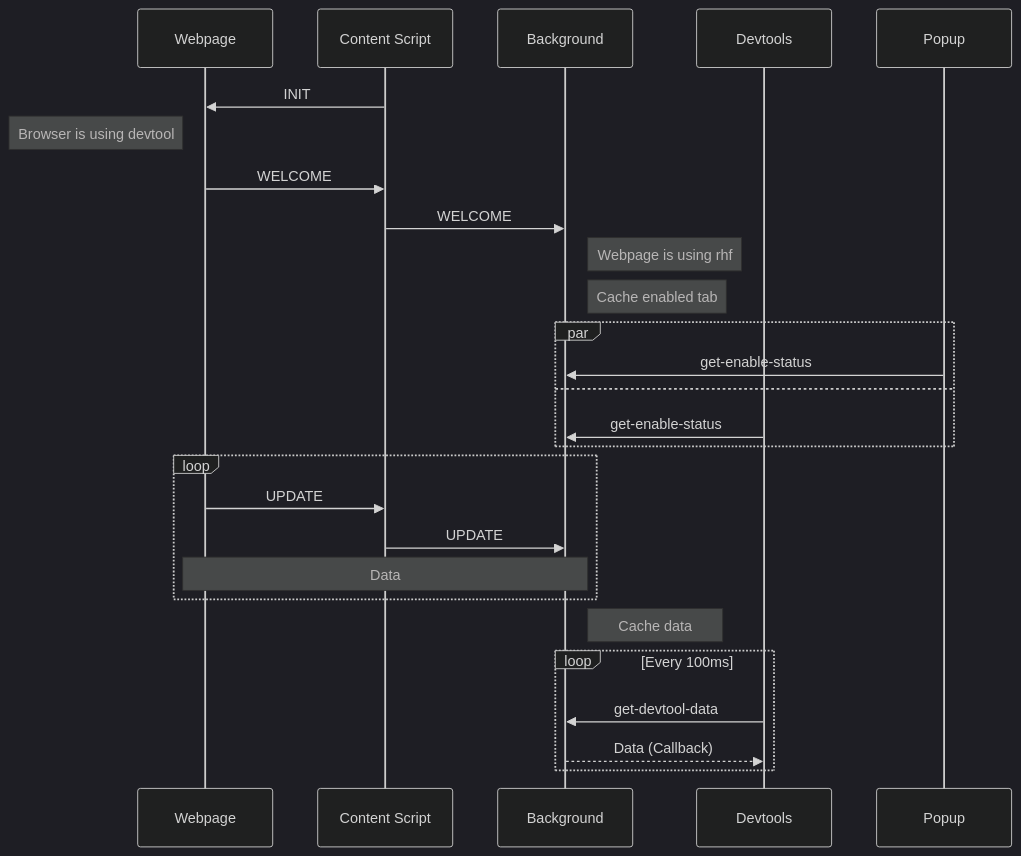
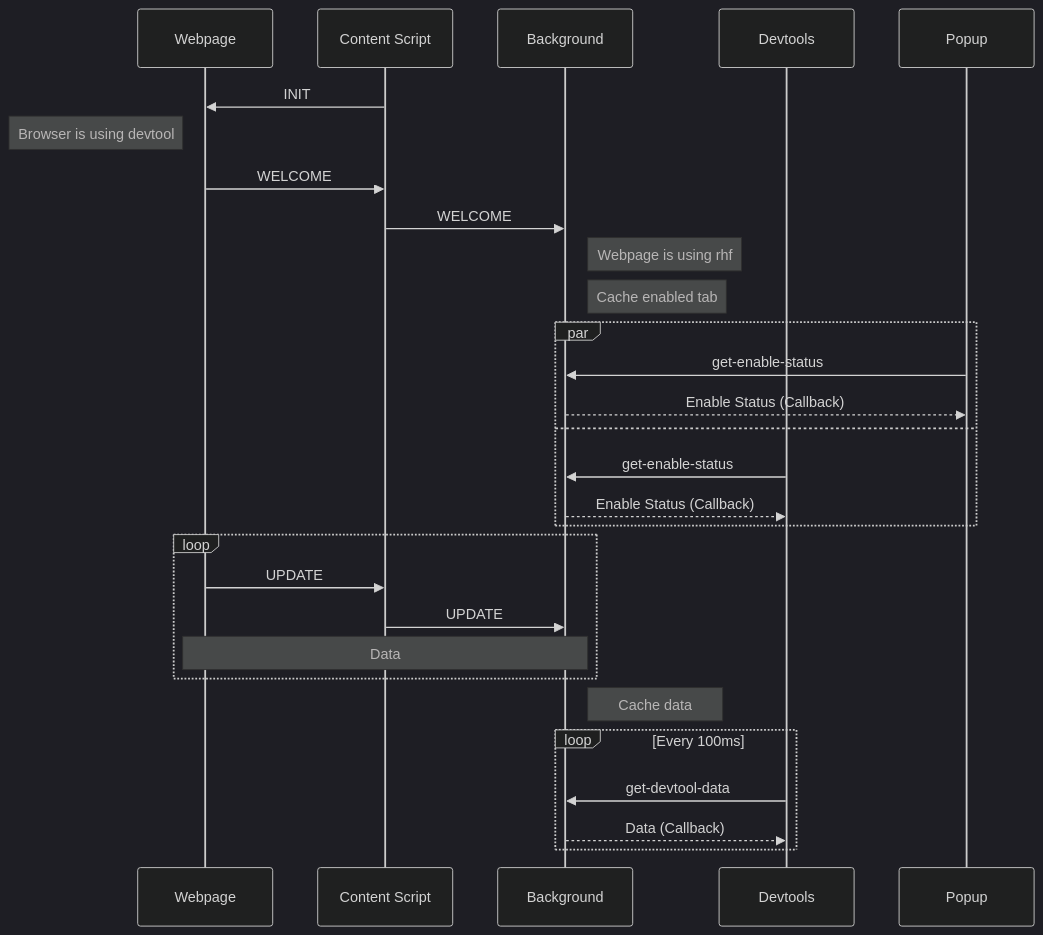
Before and after one commit to react-hook-form/devtools-extension: the diagram in README.md, drawn with Mermaid (dark theme).

Commit message:
docs(messaging-flow): add enable status callback flow

````diff
--- a/README.md
+++ b/README.md
@@ -45,29 +45,31 @@
 ```mermaid
 sequenceDiagram
   participant Webpage
   participant Content Script
   participant Background
   participant Devtools
   participant Popup
   Content Script->>Webpage: INIT
   Note left of Webpage: Browser is using devtool
   Webpage->>Content Script: WELCOME
   Content Script->>Background: WELCOME
   Note right of Background: Webpage is using rhf
   Note right of Background: Cache enabled tab
   par
     Popup->>Background: get-enable-status
+    Background-->>Popup: Enable Status (Callback)
   and
     Devtools->>Background: get-enable-status
+    Background-->>Devtools: Enable Status (Callback)
   end
   loop
     Webpage->>Content Script: UPDATE
     Content Script->>Background: UPDATE
     Note over Webpage,Background: Data
   end
   Note right of Background: Cache data
   loop Every 100ms
     Devtools->>Background: get-devtool-data
     Background-->>Devtools: Data (Callback)
   end
 ```
````
